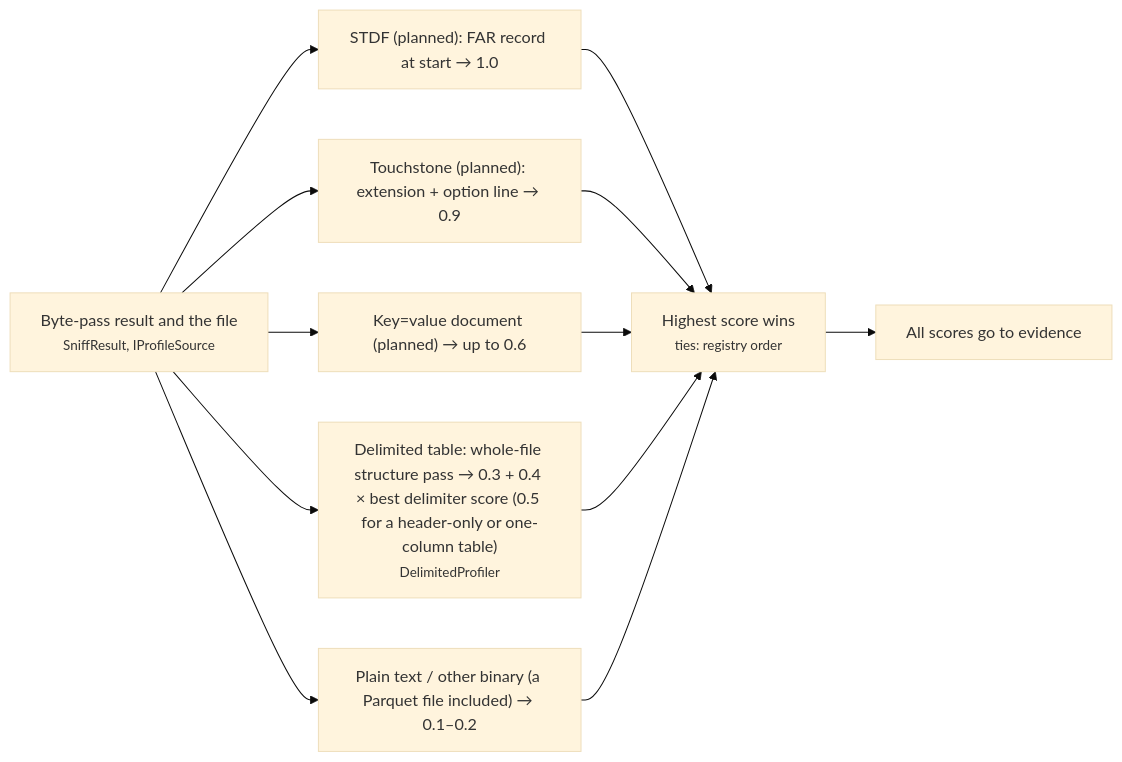
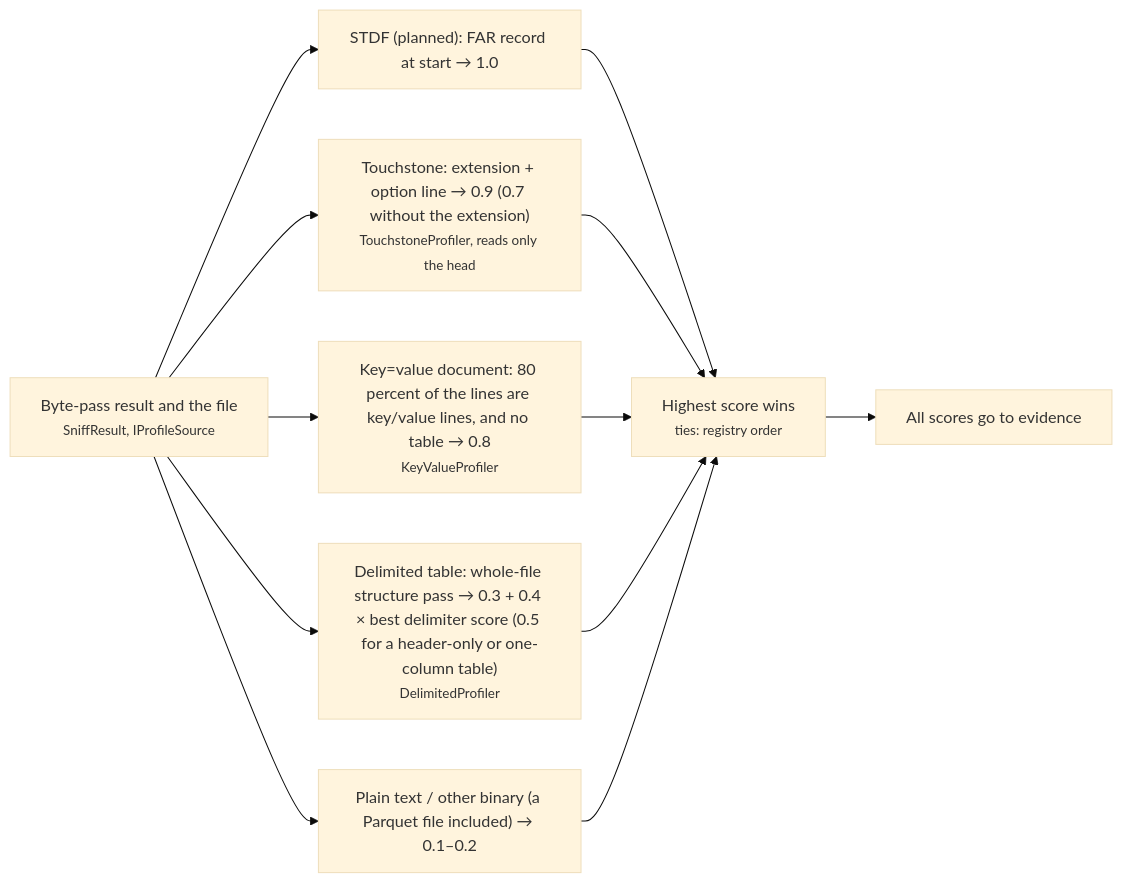
One commit to squalor-xyz/squalify changed the fourth of 33 diagrams in docs/how-it-works.md. Above: the diagram before and after it, drawn with Mermaid (base theme). The commit also changed other lines of this file and 80 other files, not shown here.

Commit message:
sq-09: Touchstone and key=value/INI profilers; schema 1.1

````diff
--- a/docs/how-it-works.md
+++ b/docs/how-it-works.md
@@ -60,10 +60,10 @@
 ```mermaid
 flowchart LR
     S["Byte-pass result and the file<br/><small>SniffResult, IProfileSource</small>"] --> P2["STDF (planned): FAR record at start → 1.0"]
-    S --> P3["Touchstone (planned): extension + option line → 0.9"]
-    S --> P4["Key=value document (planned) → up to 0.6"]
+    S --> P3["Touchstone: extension + option line → 0.9 (0.7 without the extension)<br/><small>TouchstoneProfiler, reads only the head</small>"]
+    S --> P4["Key=value document: 80 percent of the lines are key/value lines, and no table → 0.8<br/><small>KeyValueProfiler</small>"]
     S --> P5["Delimited table: whole-file structure pass → 0.3 + 0.4 × best delimiter score (0.5 for a header-only or one-column table)<br/><small>DelimitedProfiler</small>"]
     S --> P6["Plain text / other binary (a Parquet file included) → 0.1–0.2"]
     P2 & P3 & P4 & P5 & P6 --> W["Highest score wins<br/><small>ties: registry order</small>"]
     W --> Ev["All scores go to evidence"]
 ```
````
